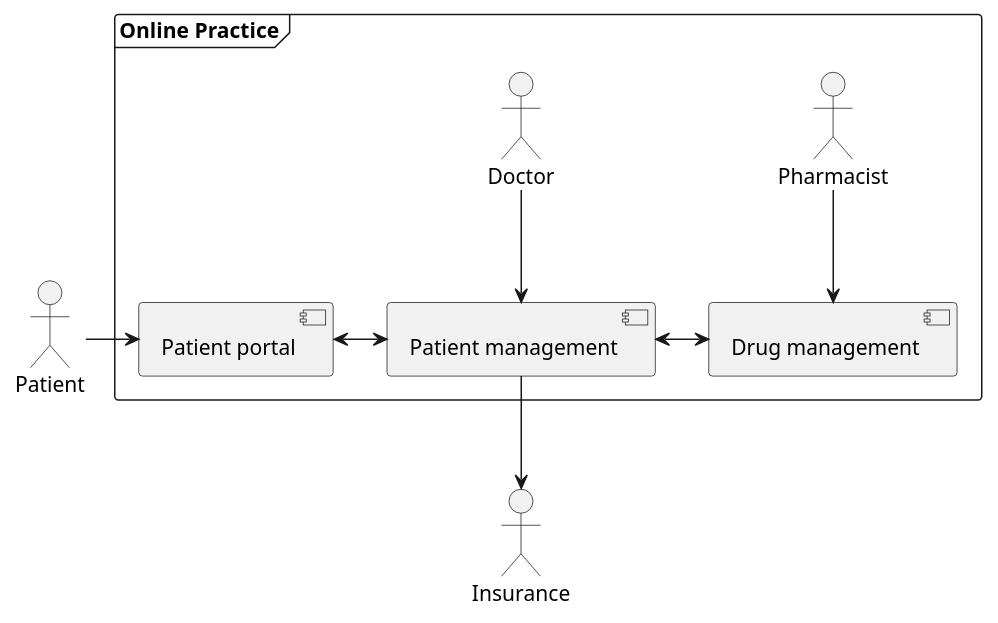
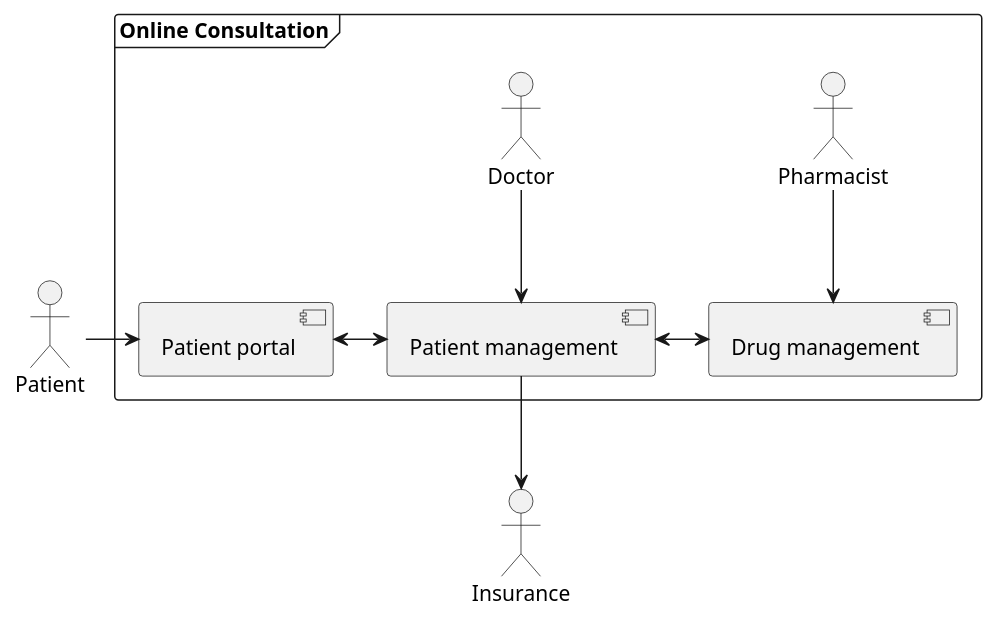
One commit to thomas-kaeser/secure-coding changed the diagram in CASE/02_Security_Requirements_Gathering/exercise/Scenario.adoc. Above: the diagram before and after it, drawn with PlantUML. The commit also changed other lines of this file, not shown here.

```diff
--- a/CASE/02_Security_Requirements_Gathering/exercise/Scenario.adoc
+++ b/CASE/02_Security_Requirements_Gathering/exercise/Scenario.adoc
@@ -28,20 +28,20 @@
 [plantuml]
 ....
 @startuml
 actor "Patient" as patient
-frame "Online Practice" {
+frame "Online Consultation" {
     actor "Doctor" as doctor
     actor "Pharmacist" as pharmacist
     component "Drug management" as dm
     component "Patient portal" as portal
     component "Patient management" as pm
 }
 patient -> portal
 portal <-> pm
 pm <-> dm
 doctor --> pm
 pharmacist --> dm
 actor "Insurance" as ins
 pm --> ins
 @enduml
 ....
```
